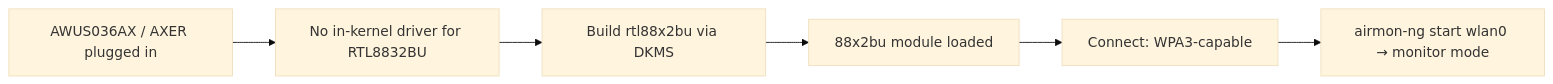
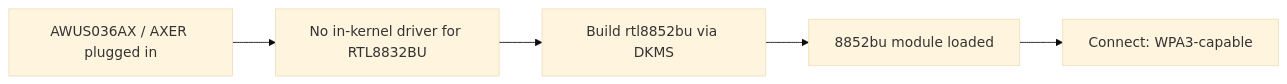
Before and after one commit to yopitek/yupitek-wiki: the diagram in i18n/zh-CN/docusaurus-plugin-content-docs/current/01-alfa-network/drivers/rtl8832bu/index.md, drawn with Mermaid (base theme). The commit also changed other lines of this file and 9 other files, not shown here.

````diff
--- a/i18n/zh-CN/docusaurus-plugin-content-docs/current/01-alfa-network/drivers/rtl8832bu/index.md
+++ b/i18n/zh-CN/docusaurus-plugin-content-docs/current/01-alfa-network/drivers/rtl8832bu/index.md
@@ -20,8 +22,7 @@
 ```mermaid
 flowchart LR
     A["AWUS036AX / AXER plugged in"] --> B["No in-kernel driver for RTL8832BU"]
-    B --> C["Build rtl88x2bu via DKMS"]
-    C --> D["88x2bu module loaded"]
+    B --> C["Build rtl8852bu via DKMS"]
+    C --> D["8852bu module loaded"]
     D --> E["Connect: WPA3-capable"]
-    E --> F["airmon-ng start wlan0 → monitor mode"]
 ```
````
